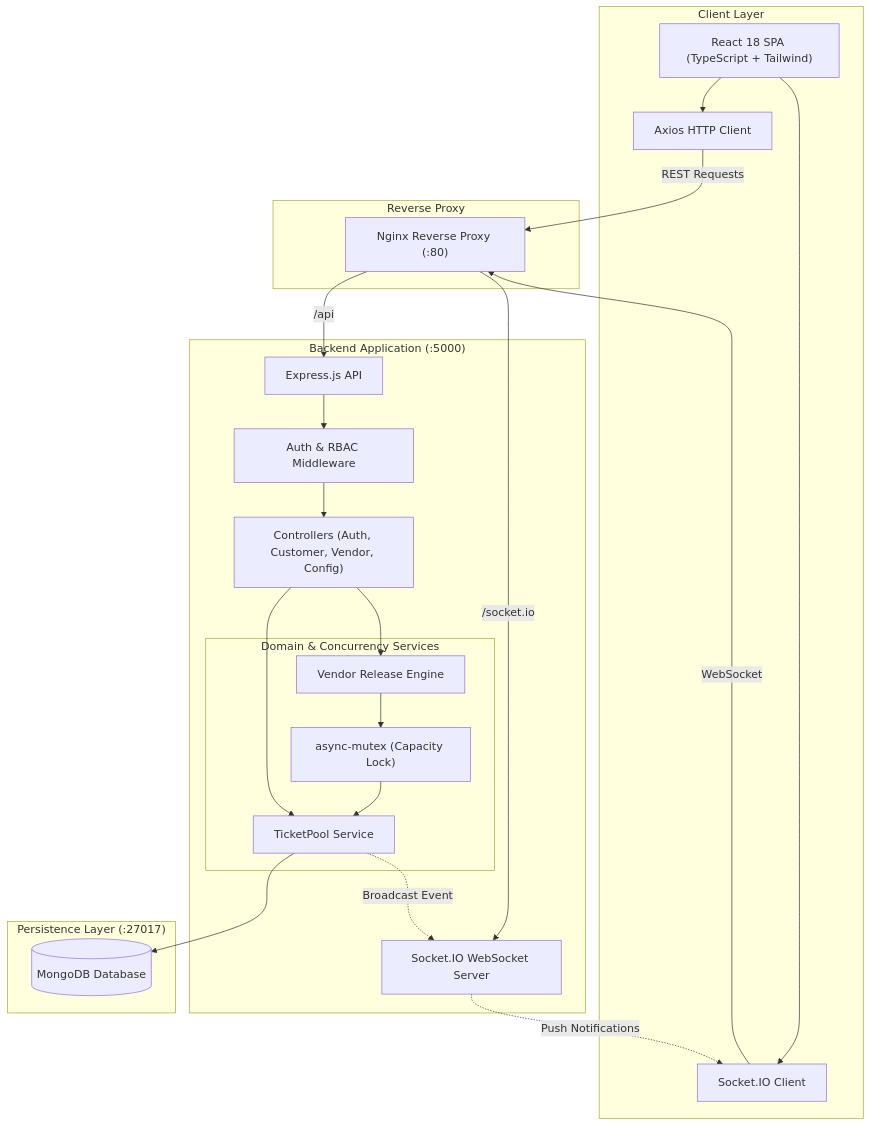
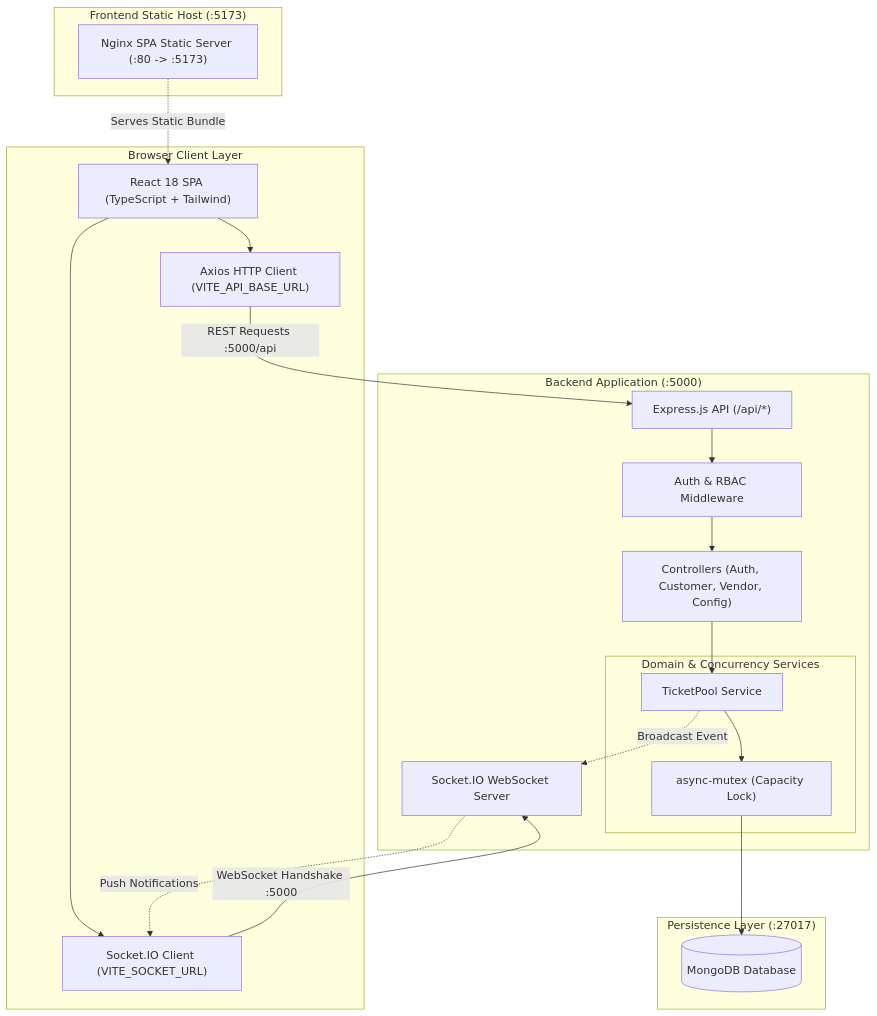
One commit to anjaya02/wavepass-ticketing-system changed the diagram in README.md. Above: the diagram before and after it, drawn with Mermaid. The commit also changed other lines of this file and 28 other files, not shown here.

````diff
--- a/README.md
+++ b/README.md
@@ -51,43 +63,40 @@
 ```mermaid
 graph TB
-    subgraph Client ["Client Layer"]
+    subgraph Client ["Browser Client Layer"]
         UI["React 18 SPA (TypeScript + Tailwind)"]
-        SocketClient["Socket.IO Client"]
-        AxiosClient["Axios HTTP Client"]
+        SocketClient["Socket.IO Client (VITE_SOCKET_URL)"]
+        AxiosClient["Axios HTTP Client (VITE_API_BASE_URL)"]
     end
 
-    subgraph Gateway ["Reverse Proxy"]
-        Nginx["Nginx Reverse Proxy (:80)"]
+    subgraph StaticServer ["Frontend Static Host (:5173)"]
+        Nginx["Nginx SPA Static Server (:80 -> :5173)"]
     end
 
     subgraph Server ["Backend Application (:5000)"]
-        Express["Express.js API"]
+        Express["Express.js API (/api/*)"]
         AuthMid["Auth & RBAC Middleware"]
         Controllers["Controllers (Auth, Customer, Vendor, Config)"]
         SocketServer["Socket.IO WebSocket Server"]
         
         subgraph Domain ["Domain & Concurrency Services"]
             Mutex["async-mutex (Capacity Lock)"]
             TPool["TicketPool Service"]
-            VendorWorker["Vendor Release Engine"]
         end
     end
 
     subgraph Database ["Persistence Layer (:27017)"]
         Mongo[("MongoDB Database")]
     end
 
+    Nginx -.->|Serves Static Bundle| UI
     UI --> AxiosClient
     UI --> SocketClient
-    AxiosClient -->|REST Requests| Nginx
-    SocketClient -->|WebSocket| Nginx
-    Nginx -->|/api| Express
-    Nginx -->|/socket.io| SocketServer
+    AxiosClient -->|REST Requests :5000/api| Express
+    SocketClient -->|WebSocket Handshake :5000| SocketServer
     Express --> AuthMid --> Controllers
     Controllers --> TPool
-    Controllers --> VendorWorker
-    VendorWorker --> Mutex --> TPool
-    TPool --> Mongo
+    TPool --> Mutex
+    Mutex --> Mongo
     TPool -.->|Broadcast Event| SocketServer
     SocketServer -.->|Push Notifications| SocketClient
 ```
````
